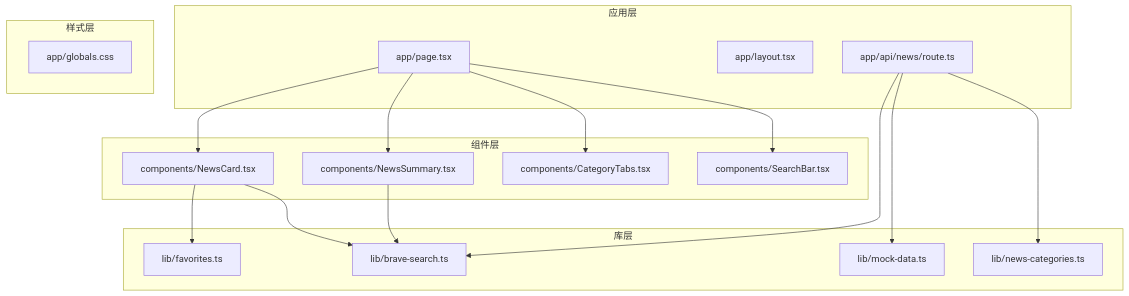
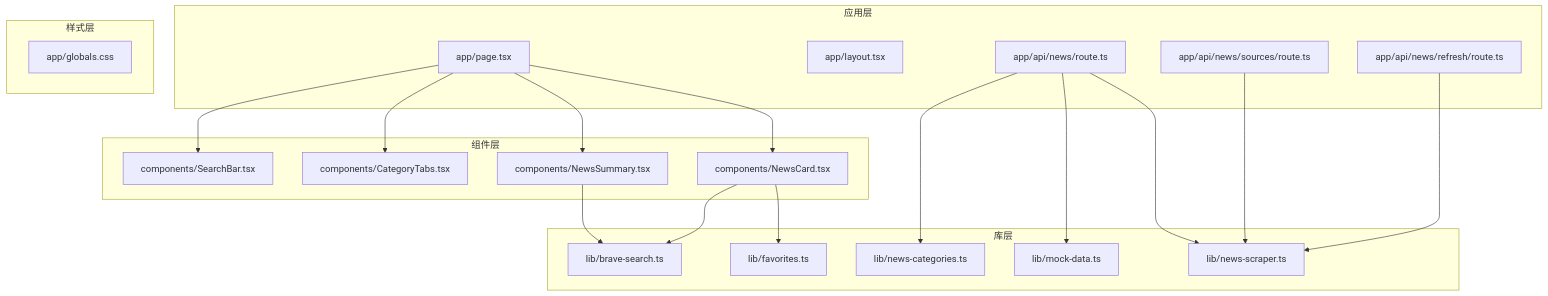
The first of 6 diagrams in .qoder/repowiki/zh/content/UI组件系统/新闻展示组件.md (zuozuoliu740-cmd/xianxiong-news), drawn with Mermaid before and after one commit. The commit also changed other lines of this file and 27 other files, not shown here.

Commit message:
feat: 新增AI实验室模块 - AI爆品替换工作台(视频替换/商品详情生成/图生视频/英文配音)、我的视频管理、首页入口卡片

````diff
--- a/.qoder/repowiki/zh/content/UI组件系统/新闻展示组件.md
+++ b/.qoder/repowiki/zh/content/UI组件系统/新闻展示组件.md
@@ -49,33 +52,38 @@
 ```mermaid
 graph TB
 subgraph "应用层"
 App[app/page.tsx]
 Layout[app/layout.tsx]
 API[app/api/news/route.ts]
+SourcesAPI[app/api/news/sources/route.ts]
+RefreshAPI[app/api/news/refresh/route.ts]
 end
 subgraph "组件层"
 NewsCard[components/NewsCard.tsx]
 NewsSummary[components/NewsSummary.tsx]
 CategoryTabs[components/CategoryTabs.tsx]
 SearchBar[components/SearchBar.tsx]
 end
 subgraph "库层"
 Favorites[lib/favorites.ts]
 BraveSearch[lib/brave-search.ts]
 Categories[lib/news-categories.ts]
+Scraper[lib/news-scraper.ts]
 MockData[lib/mock-data.ts]
 end
 subgraph "样式层"
 Globals[app/globals.css]
 end
 App --> NewsCard
 App --> NewsSummary
 App --> CategoryTabs
 App --> SearchBar
-API --> BraveSearch
+API --> Scraper
 API --> MockData
 API --> Categories
+SourcesAPI --> Scraper
+RefreshAPI --> Scraper
 NewsCard --> Favorites
 NewsCard --> BraveSearch
 NewsSummary --> BraveSearch
 ```
````
